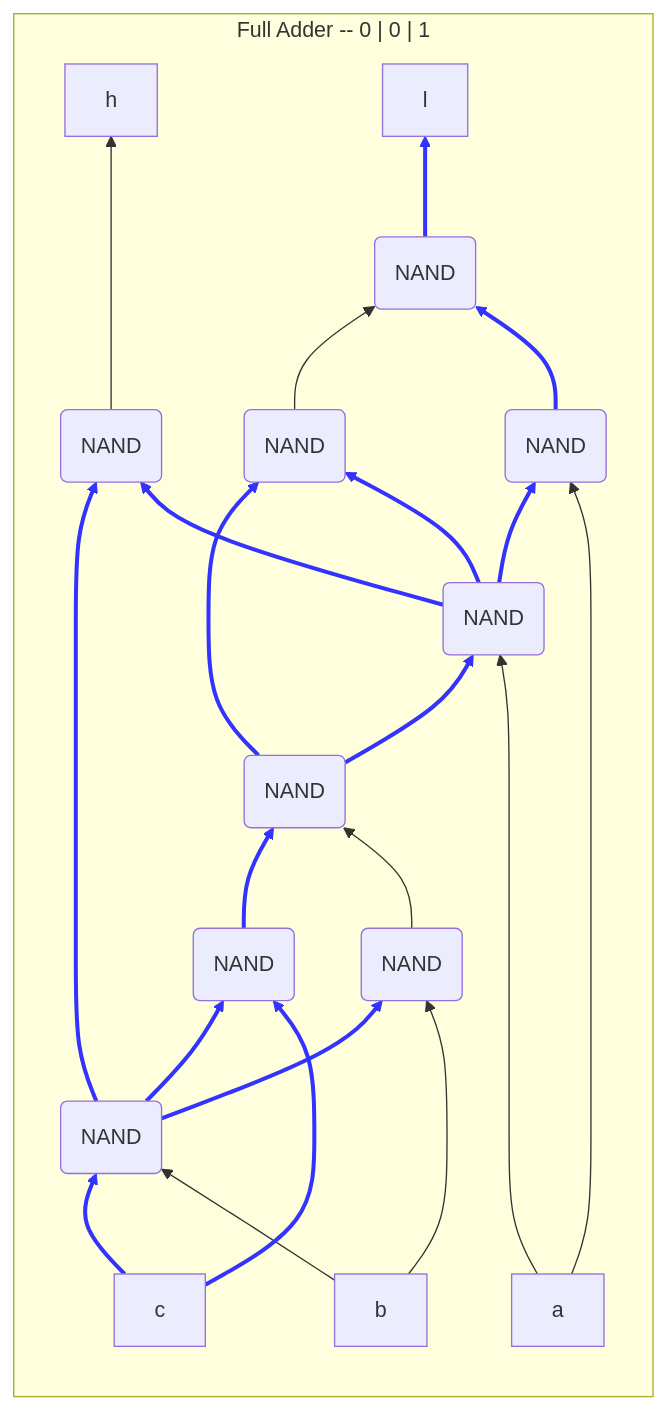
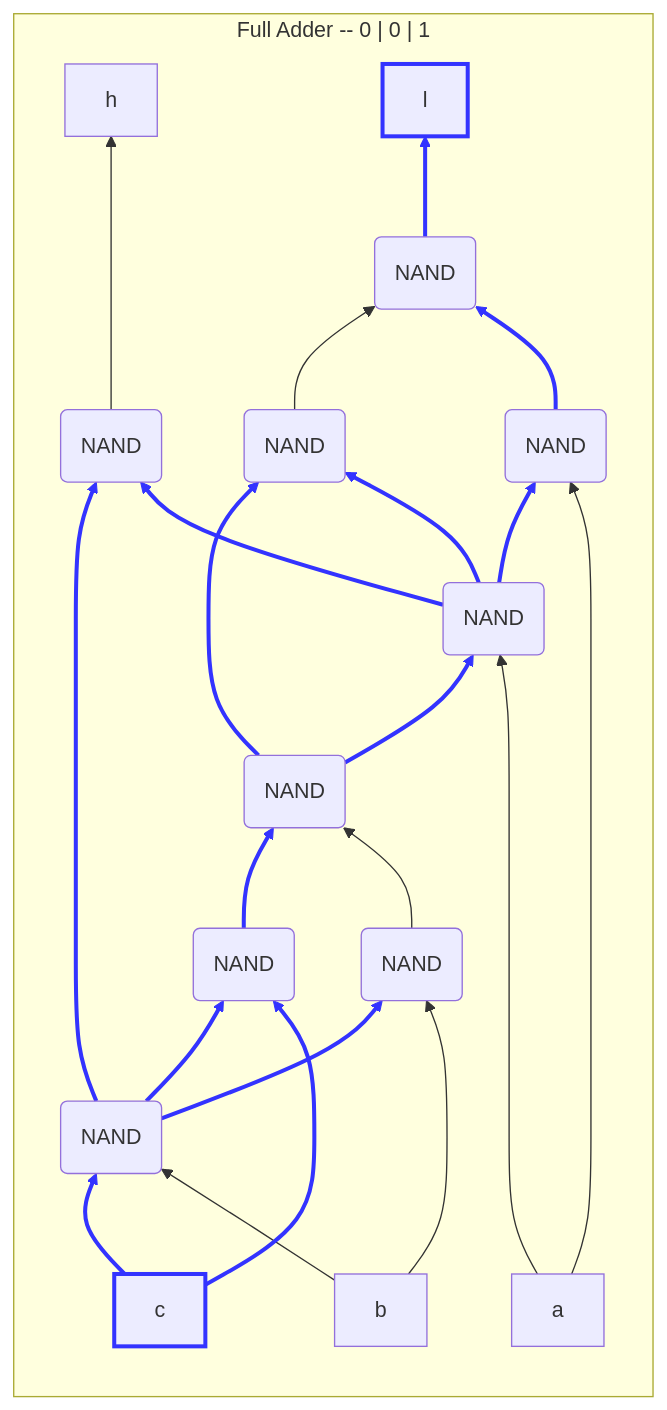
One commit to DaveyJH/nandgame changed the fourth of 8 diagrams in arithmetic/full-adder.md. Above: the diagram before and after it, drawn with Mermaid. The commit also changed other lines of this file, not shown here.

````diff
--- a/arithmetic/full-adder.md
+++ b/arithmetic/full-adder.md
@@ -86,32 +88,33 @@
 ```mermaid
 flowchart BT
 subgraph "Full Adder -- 0 | 0 | 1"
 direction BT
 
 a[a]----->n1(NAND) & n2(NAND);
 b[b]-->n3(NAND) & n4(NAND);
-c[c]-->n4 & n5(NAND);
+c[c]:::ON-->n4 & n5(NAND);
 n1-->n2 & n6(NAND) & n8(NAND);
 n2-->n9(NAND);
 n3-->n7(NAND);
 n4-->n3 & n6 & n5;
 n5-->n7;
 n6--->h[h];
 n7-->n8 & n1;
 n8-->n9;
-n9-->l[l];
+n9-->l[l]:::ON;
+classDef ON stroke:#33f,stroke-width:3px;
 linkStyle 4 stroke:#33f,stroke-width:3px;
 linkStyle 5 stroke:#33f,stroke-width:3px;
 linkStyle 6 stroke:#33f,stroke-width:3px;
 linkStyle 7 stroke:#33f,stroke-width:3px;
 linkStyle 8 stroke:#33f,stroke-width:3px;
 linkStyle 9 stroke:#33f,stroke-width:3px;
 linkStyle 11 stroke:#33f,stroke-width:3px;
 linkStyle 12 stroke:#33f,stroke-width:3px;
 linkStyle 13 stroke:#33f,stroke-width:3px;
 linkStyle 14 stroke:#33f,stroke-width:3px;
 linkStyle 16 stroke:#33f,stroke-width:3px;
 linkStyle 17 stroke:#33f,stroke-width:3px;
 linkStyle 19 stroke:#33f,stroke-width:3px;
 end
 ```
````
